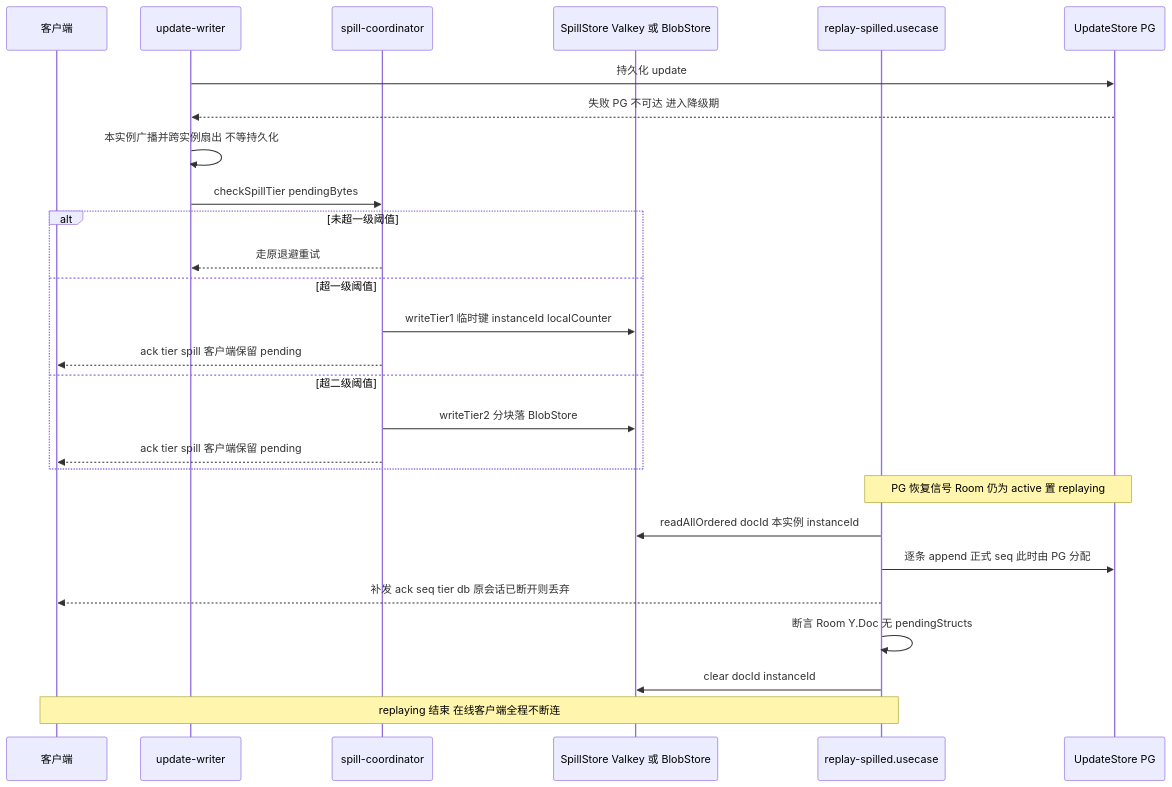
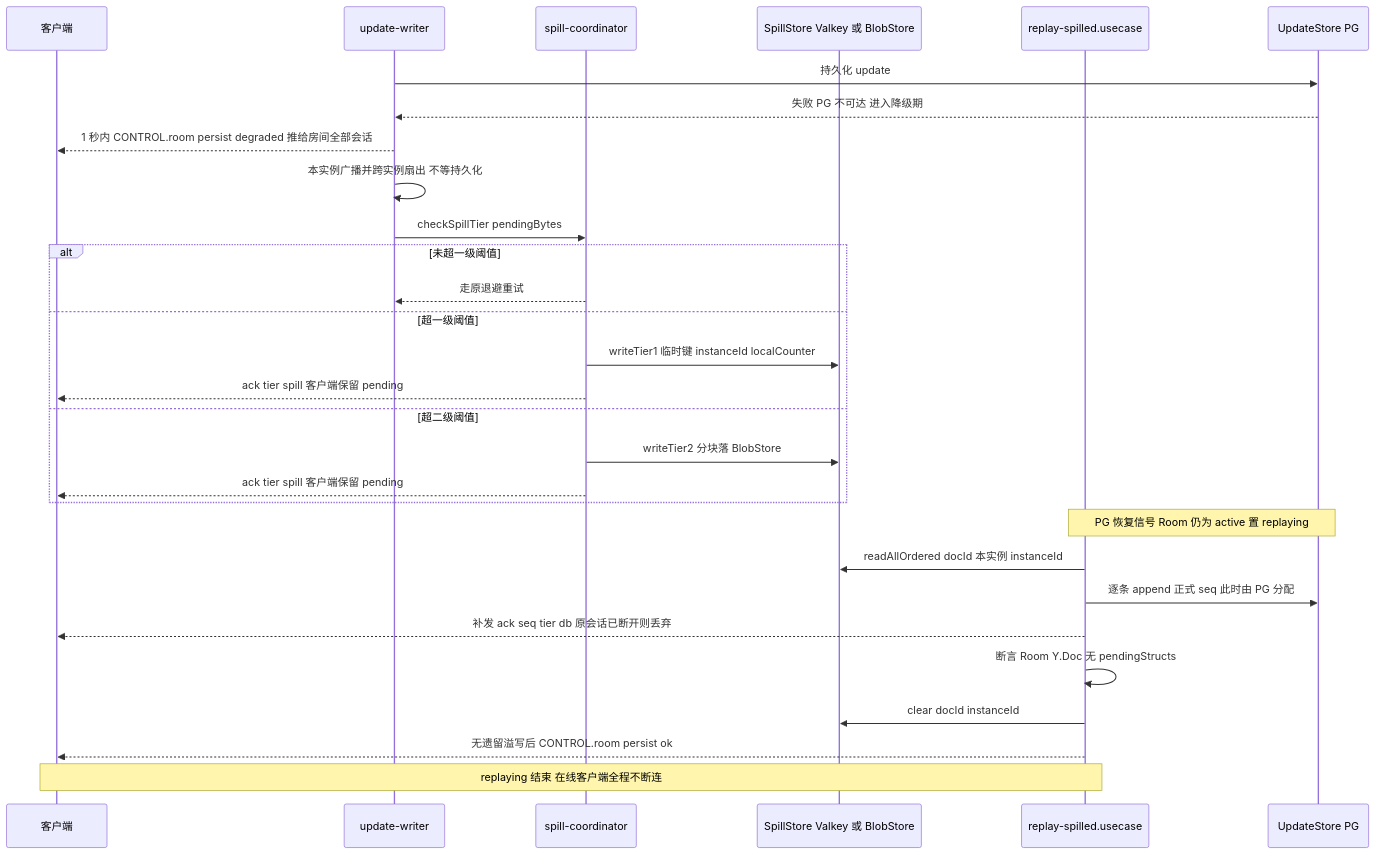
Before and after one commit to Xeonice/cordis-ppt-editor: the seventh of 11 diagrams in docs/40-modules/09-server-collab-gateway-and-headless-host.md, drawn with Mermaid. The commit also changed other lines of this file and 79 other files, not shown here.

````diff
--- a/docs/40-modules/09-server-collab-gateway-and-headless-host.md
+++ b/docs/40-modules/09-server-collab-gateway-and-headless-host.md
@@ -429,29 +359,31 @@
 ```mermaid
 sequenceDiagram
   participant client as 客户端
   participant writer as update-writer
   participant spill as spill-coordinator
   participant store as SpillStore Valkey 或 BlobStore
   participant replay as replay-spilled.usecase
   participant pg as UpdateStore PG
   writer->>pg: 持久化 update
   pg-->>writer: 失败 PG 不可达 进入降级期
+  writer-->>client: 1 秒内 CONTROL.room persist degraded 推给房间全部会话
   writer->>writer: 本实例广播并跨实例扇出 不等持久化
   writer->>spill: checkSpillTier pendingBytes
   alt 未超一级阈值
     spill-->>writer: 走原退避重试
   else 超一级阈值
     spill->>store: writeTier1 临时键 instanceId localCounter
     spill-->>client: ack tier spill 客户端保留 pending
   else 超二级阈值
     spill->>store: writeTier2 分块落 BlobStore
     spill-->>client: ack tier spill 客户端保留 pending
   end
   Note over replay,pg: PG 恢复信号 Room 仍为 active 置 replaying
   replay->>store: readAllOrdered docId 本实例 instanceId
   replay->>pg: 逐条 append 正式 seq 此时由 PG 分配
   replay-->>client: 补发 ack seq tier db 原会话已断开则丢弃
   replay->>replay: 断言 Room Y.Doc 无 pendingStructs
   replay->>store: clear docId instanceId
+  replay-->>client: 无遗留溢写后 CONTROL.room persist ok
   Note over replay,client: replaying 结束 在线客户端全程不断连
 ```
````
